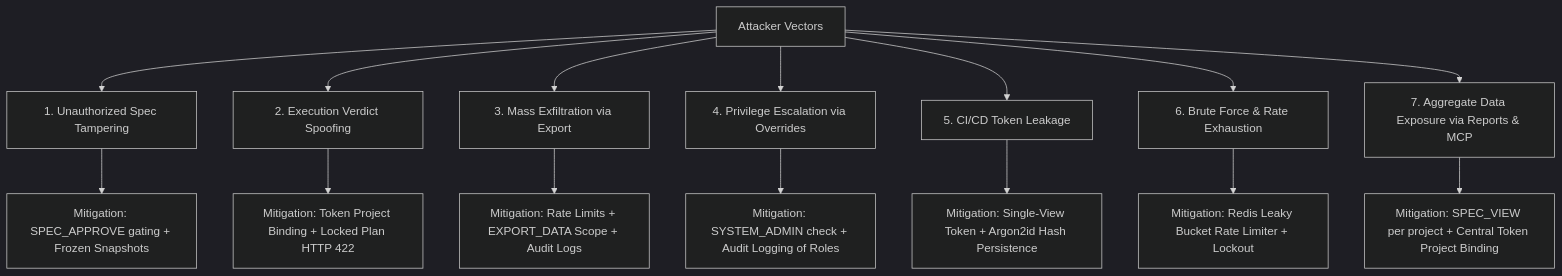
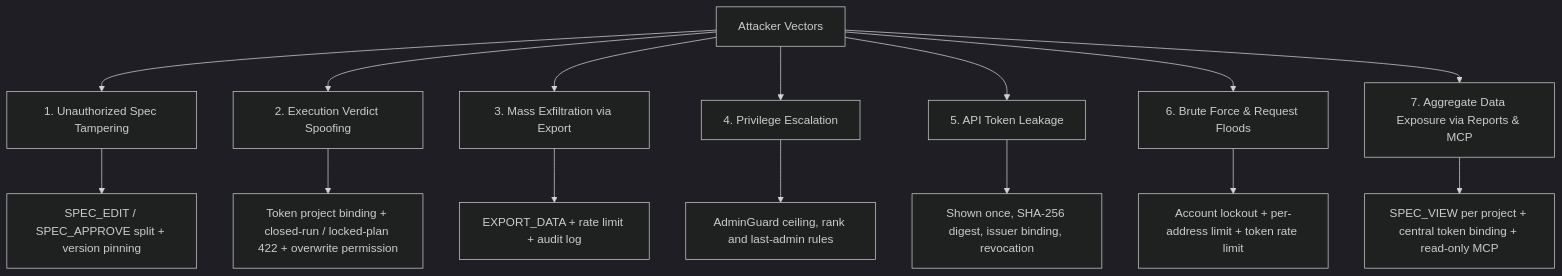
One commit to ElliotNewtonMiller/Testify changed the fourth of 4 diagrams in docs/rfc_04_rbac_security_matrix.md. Above: the diagram before and after it, drawn with Mermaid (dark theme). The commit also changed other lines of this file and 16 other files, not shown here.

````diff
--- a/docs/rfc_04_rbac_security_matrix.md
+++ b/docs/rfc_04_rbac_security_matrix.md
@@ -326,18 +289,18 @@
 ```mermaid
 graph TD
     A[Attacker Vectors] --> B[1. Unauthorized Spec Tampering]
     A --> C[2. Execution Verdict Spoofing]
     A --> D[3. Mass Exfiltration via Export]
-    A --> E[4. Privilege Escalation via Overrides]
-    A --> F[5. CI/CD Token Leakage]
-    A --> G[6. Brute Force & Rate Exhaustion]
+    A --> E[4. Privilege Escalation]
+    A --> F[5. API Token Leakage]
+    A --> G[6. Brute Force & Request Floods]
     A --> H[7. Aggregate Data Exposure via Reports & MCP]
 
-    B --> B1[Mitigation: SPEC_APPROVE gating + Frozen Snapshots]
-    C --> C1[Mitigation: Token Project Binding + Locked Plan HTTP 422]
-    D --> D1[Mitigation: Rate Limits + EXPORT_DATA Scope + Audit Logs]
-    E --> E1[Mitigation: SYSTEM_ADMIN check + Audit Logging of Roles]
-    F --> F1[Mitigation: Single-View Token + Argon2id Hash Persistence]
-    G --> G1[Mitigation: Redis Leaky Bucket Rate Limiter + Lockout]
-    H --> H1[Mitigation: SPEC_VIEW per project + Central Token Project Binding]
+    B --> B1[SPEC_EDIT / SPEC_APPROVE split + version pinning]
+    C --> C1[Token project binding + closed-run / locked-plan 422 + overwrite permission]
+    D --> D1[EXPORT_DATA + rate limit + audit log]
+    E --> E1[AdminGuard ceiling, rank and last-admin rules]
+    F --> F1[Shown once, SHA-256 digest, issuer binding, revocation]
+    G --> G1[Account lockout + per-address limit + token rate limit]
+    H --> H1[SPEC_VIEW per project + central token binding + read-only MCP]
 ```
````
